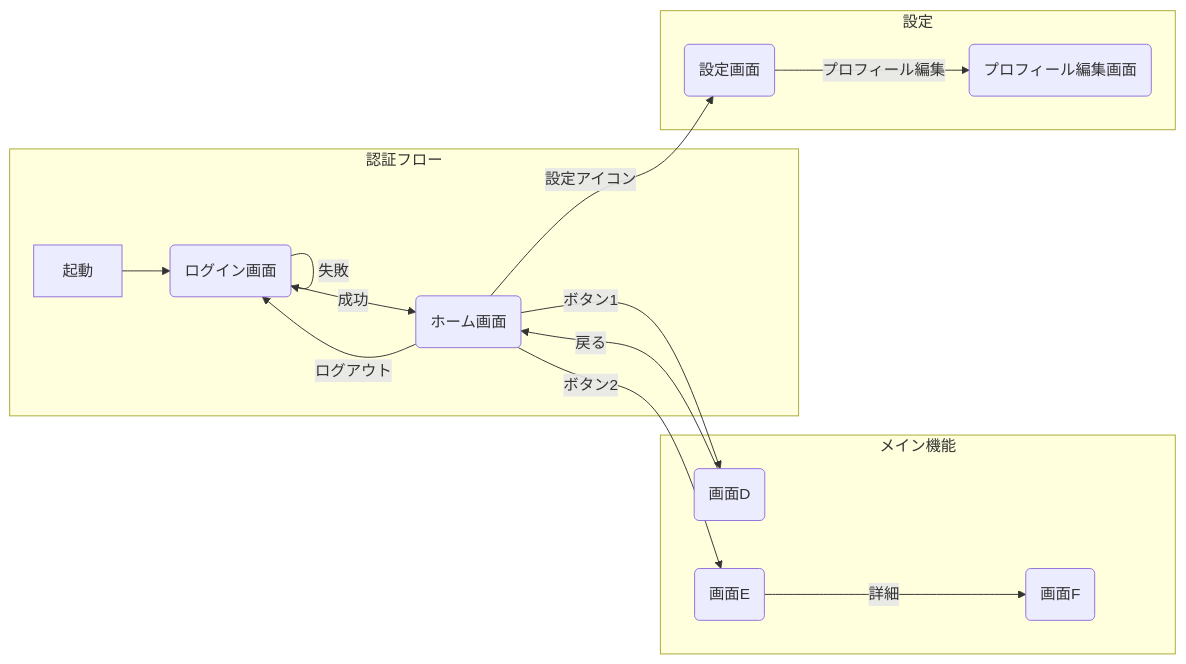
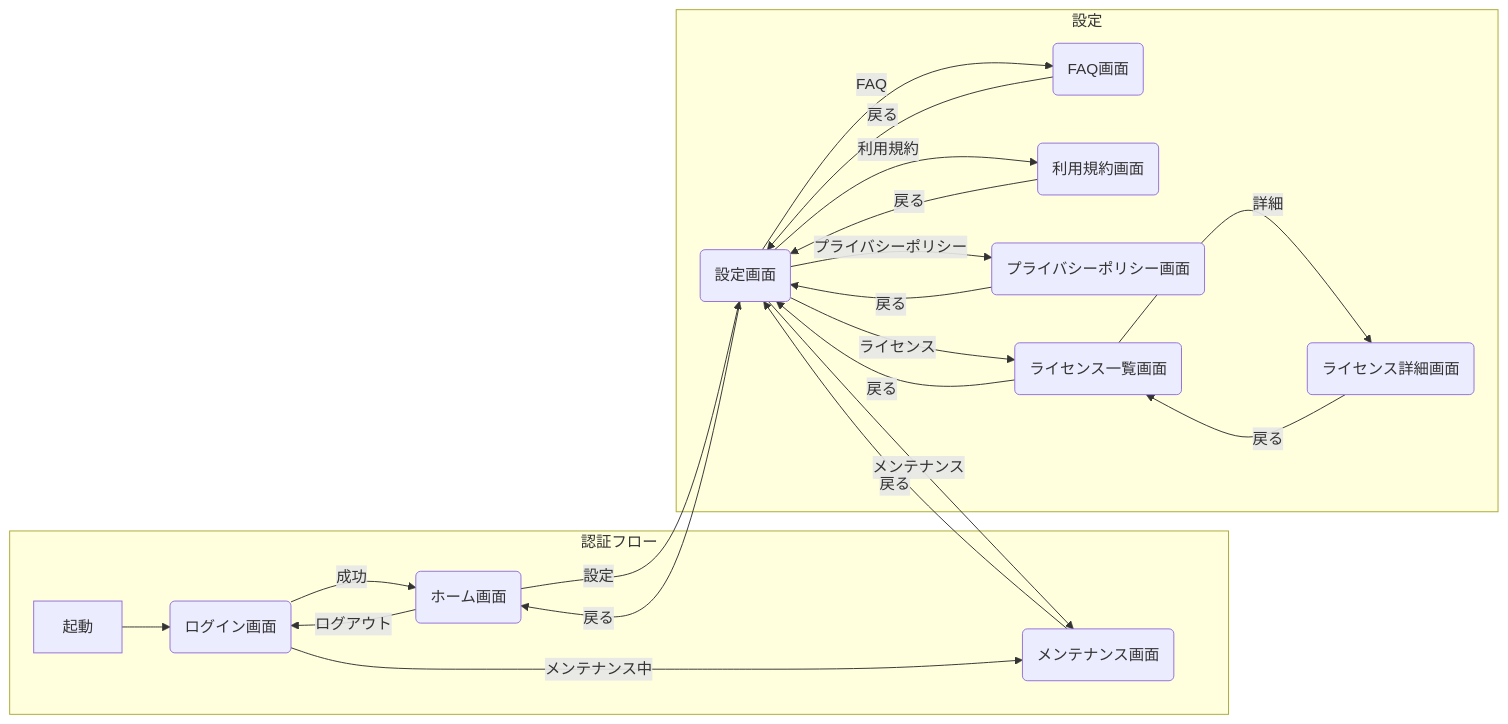
One commit to yumemi-inc/flutter-mobile-project-docs-template changed the diagram in docs/template/screen_list.md. Above: the diagram before and after it, drawn with Mermaid. The commit also changed other lines of this file, not shown here.

Commit message:
chore: 画面遷移図と画面詳細を汎用的な画面で書き換え

`````diff
--- a/docs/template/screen_list.md
+++ b/docs/template/screen_list.md
@@ -11,21 +14,27 @@
 ```mermaid
 graph LR
     subgraph 認証フロー
-        A[起動] --> B(ログイン画面);
-        B -- 成功 --> C(ホーム画面);
-        B -- 失敗 --> B;
-        C -- ログアウト --> B;
-    end
-
-    subgraph メイン機能
-        C -- ボタン1 --> D(画面D);
-        C -- ボタン2 --> E(画面E);
-        D -- 戻る --> C;
-        E -- 詳細 --> F(画面F);
+        A[起動] --> SC001(ログイン画面);
+        SC001 -- 成功 --> SC002(ホーム画面);
+        SC001 -- メンテナンス中 --> SC009(メンテナンス画面);
+        SC002 -- ログアウト --> SC001;
     end
 
     subgraph 設定
-        C -- 設定アイコン --> G(設定画面);
-        G -- プロフィール編集 --> H(プロフィール編集画面);
+        SC002 -- 設定 --> SC003(設定画面);
+        SC003 -- 戻る --> SC002;
+        SC003 -- FAQ --> SC004(FAQ画面);
+        SC003 -- 利用規約 --> SC005(利用規約画面);
+        SC003 -- プライバシーポリシー --> SC006(プライバシーポリシー画面);
+        SC003 -- ライセンス --> SC007(ライセンス一覧画面);
+        SC003 -- メンテナンス --> SC009;
+        
+        SC004 -- 戻る --> SC003;
+        SC005 -- 戻る --> SC003;
+        SC006 -- 戻る --> SC003;
+        SC007 -- 戻る --> SC003;
+        SC007 -- 詳細 --> SC008(ライセンス詳細画面);
+        SC008 -- 戻る --> SC007;
+        SC009 -- 戻る --> SC003;
     end
-````
+```
`````
